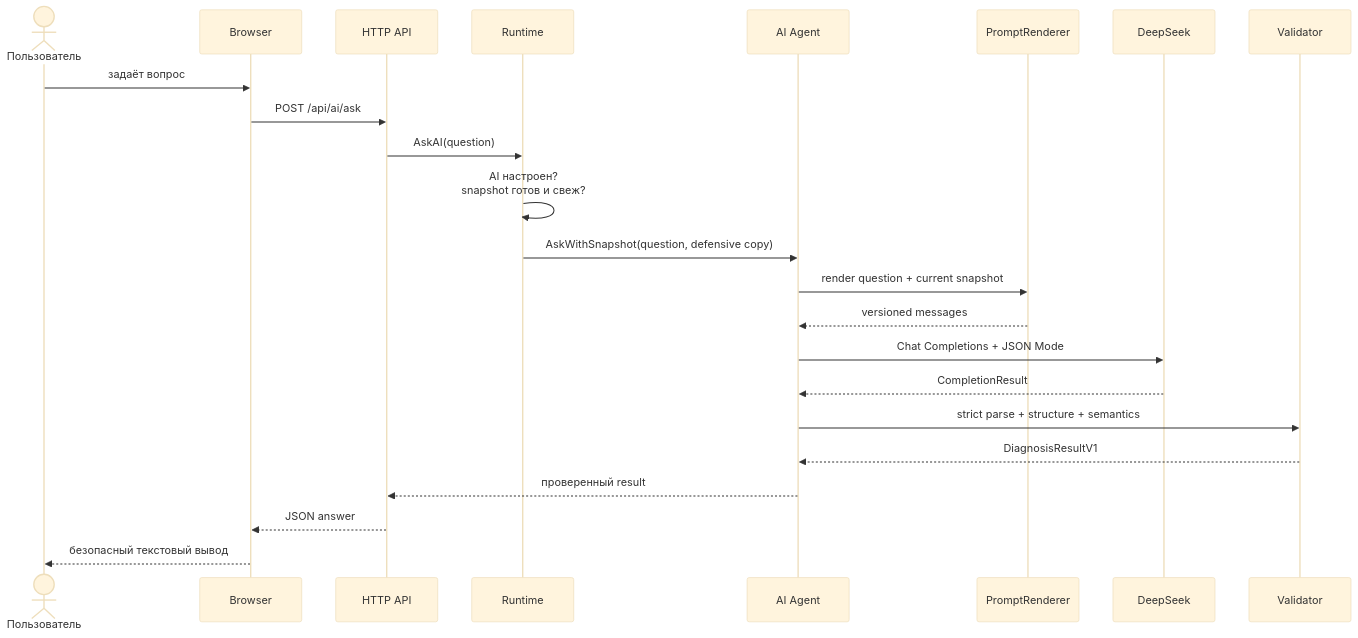
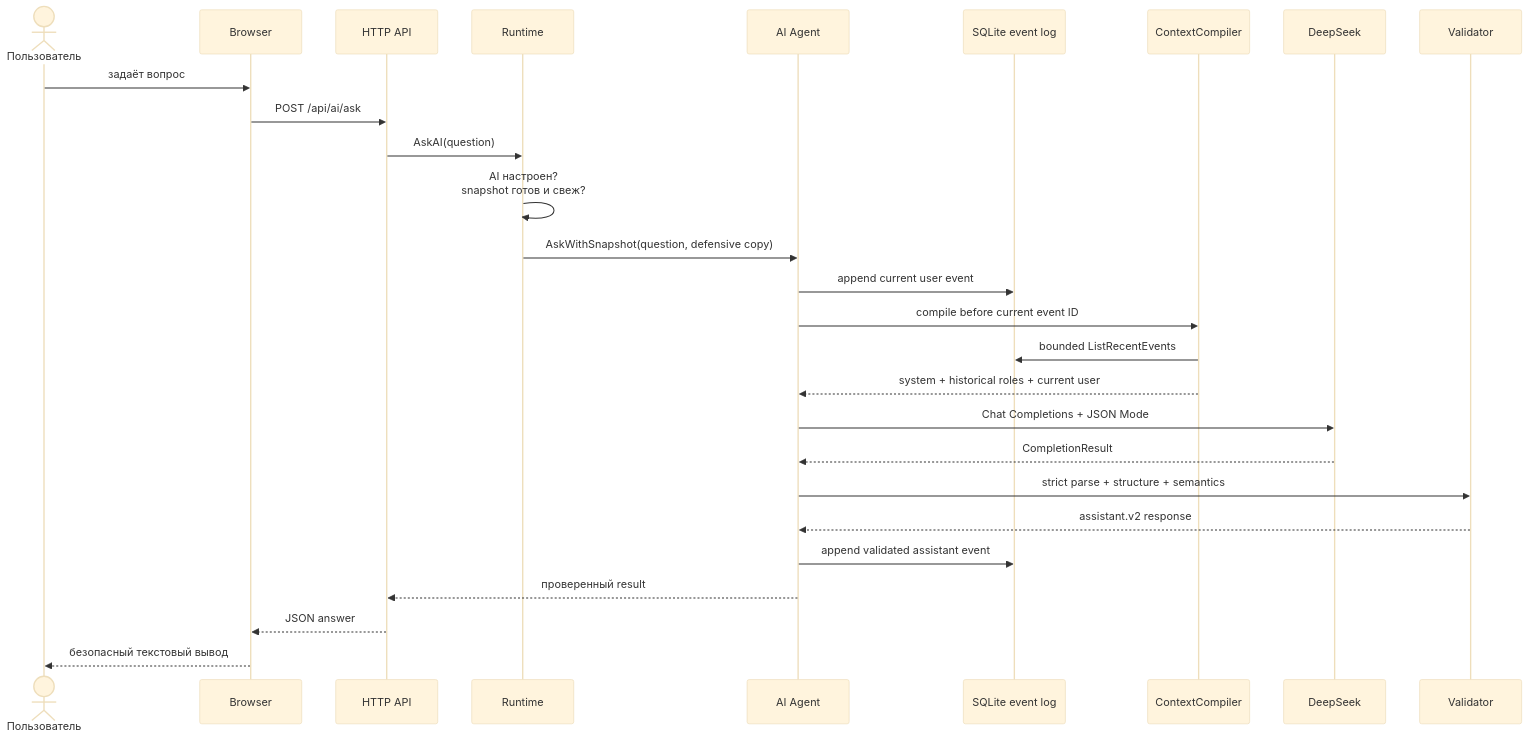
Before and after one commit to eugesmt/os-resource-monitor-ai: the fourth of 7 diagrams in README.md, drawn with Mermaid (base theme). The commit also changed other lines of this file and 34 other files, not shown here.

Commit message:
feat: implement bounded source-aware assistant pipeline

````diff
--- a/README.md
+++ b/README.md
@@ -217,26 +236,30 @@
 ```mermaid
 sequenceDiagram
     actor User as Пользователь
     participant Browser
     participant API as HTTP API
     participant Runtime
     participant Agent as AI Agent
-    participant Prompt as PromptRenderer
+    participant Store as SQLite event log
+    participant Compiler as ContextCompiler
     participant DeepSeek
     participant Validator
 
     User->>Browser: задаёт вопрос
     Browser->>API: POST /api/ai/ask
     API->>Runtime: AskAI(question)
     Runtime->>Runtime: AI настроен?<br/>snapshot готов и свеж?
     Runtime->>Agent: AskWithSnapshot(question, defensive copy)
-    Agent->>Prompt: render question + current snapshot
-    Prompt-->>Agent: versioned messages
+    Agent->>Store: append current user event
+    Agent->>Compiler: compile before current event ID
+    Compiler->>Store: bounded ListRecentEvents
+    Compiler-->>Agent: system + historical roles + current user
     Agent->>DeepSeek: Chat Completions + JSON Mode
     DeepSeek-->>Agent: CompletionResult
     Agent->>Validator: strict parse + structure + semantics
-    Validator-->>Agent: DiagnosisResultV1
+    Validator-->>Agent: assistant.v2 response
+    Agent->>Store: append validated assistant event
     Agent-->>API: проверенный result
     API-->>Browser: JSON answer
     Browser-->>User: безопасный текстовый вывод
 ```
````
